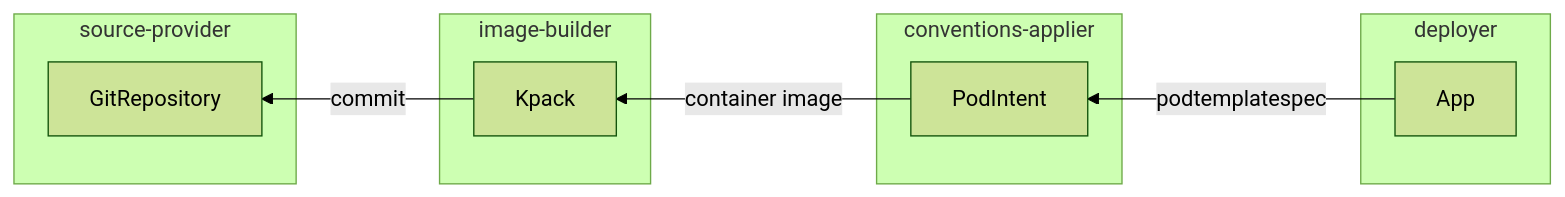
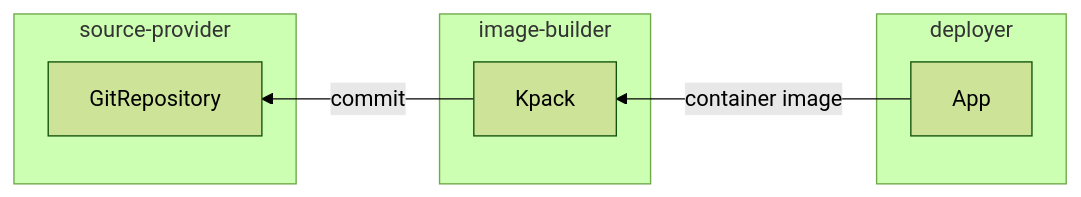
Before and after one commit to vmware-tanzu/cartographer-catalog: the diagram in README.md, drawn with Mermaid (forest theme). The commit also changed other lines of this file and 2 other files, not shown here.

Commit message:
remove conventions
- convention-controller will be made available as part of the
cartographer package in v0.4.0, so, as it'll not be consumed from here,
get rid of it.

````diff
--- a/README.md
+++ b/README.md
@@ -101,22 +98,17 @@
 ```mermaid
 flowchart RL
   Kpack -- commit --> GitRepository
-  PodIntent -- container image --> Kpack
-  App -- podtemplatespec --> PodIntent
+  App -- container image --> Kpack
 
   subgraph source-provider
   GitRepository
   end
 
   subgraph image-builder
   Kpack
   end
 
-  subgraph conventions-applier
-  PodIntent
-  end
-
   subgraph deployer
   App
   end
 ```
````
